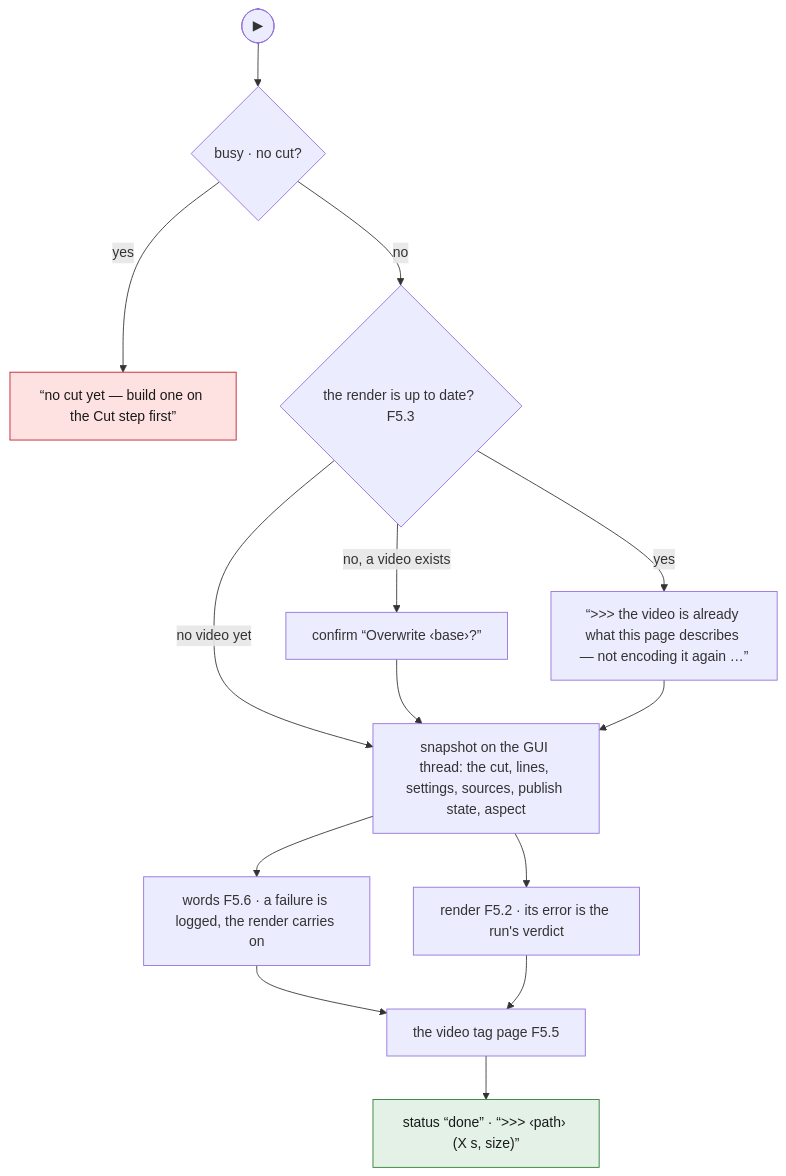
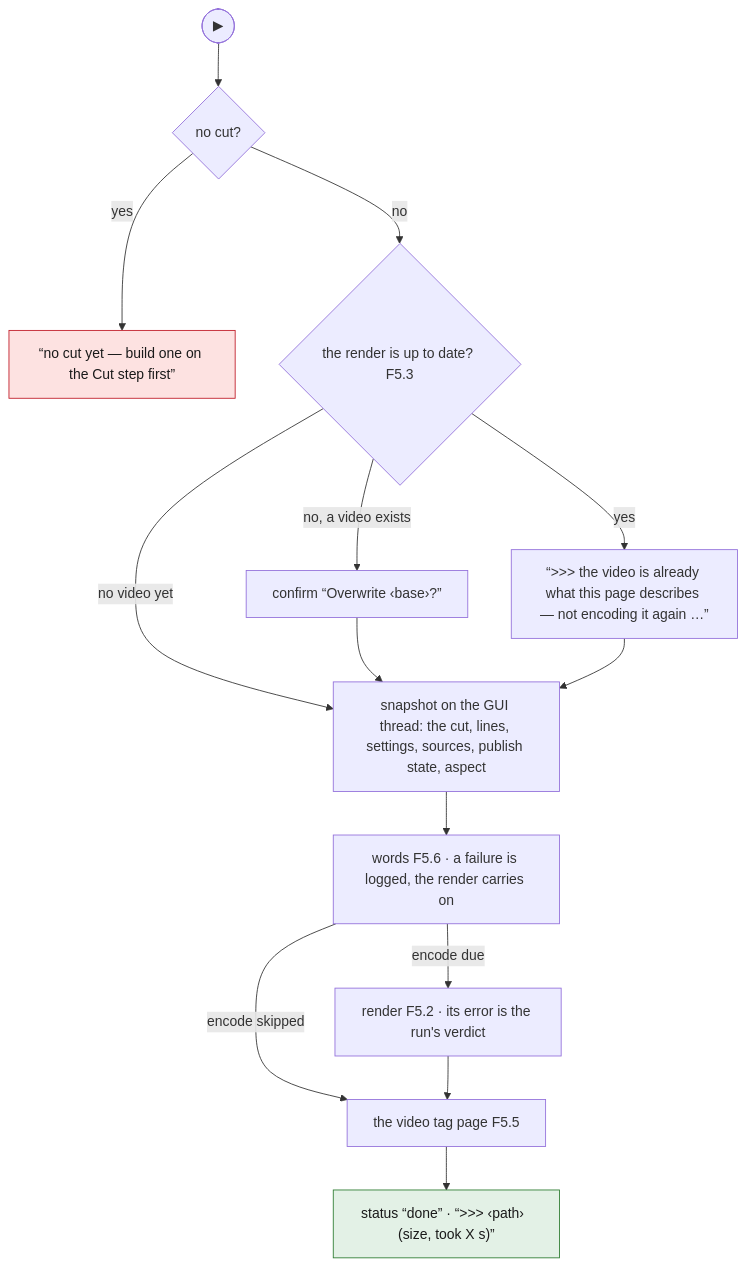
The first of 6 diagrams in spec/08-produce.md (tbocek/naivepost), drawn with Mermaid before and after one commit. The commit also changed other lines of this file and 21 other files, not shown here.

````diff
--- a/spec/08-produce.md
+++ b/spec/08-produce.md
@@ -35,19 +35,19 @@
 ```mermaid
 flowchart TD
-  A(["▶"]) --> G{"busy · no cut?"}
+  A(["▶"]) --> G{"no cut?"}
   G -- yes --> R["“no cut yet — build one on the Cut step first”"]:::refuse
   G -- no --> U{"the render is up to date? F5.3"}
   U -- yes --> SK["“>>> the video is already what this page describes — not encoding it again …”"]
   U -- "no, a video exists" --> OW["confirm “Overwrite ‹base›?”"]
   U -- "no video yet" --> SN
   OW --> SN["snapshot on the GUI thread: the cut, lines, settings, sources, publish state, aspect"]
   SK --> SN
   SN --> WORDS["words F5.6 · a failure is logged, the render carries on"]
-  SN --> REND["render F5.2 · its error is the run's verdict"]
-  WORDS --> TAG["the video tag page F5.5"]
+  WORDS -- "encode due" --> REND["render F5.2 · its error is the run's verdict"]
+  WORDS -- "encode skipped" --> TAG["the video tag page F5.5"]
   REND --> TAG
-  TAG --> DONE["status “done” · “>>> ‹path› (X s, size)”"]:::done
+  TAG --> DONE["status “done” · “>>> ‹path›  (size, took X s)”"]:::done
   classDef refuse fill:#fde2e1,stroke:#c01c28,color:#1a1a1a
   classDef done fill:#e3f1e6,stroke:#2e7d32,color:#1a1a1a
   classDef ask fill:#e8eefc,stroke:#3a63c8,color:#1a1a1a
 ```
````
